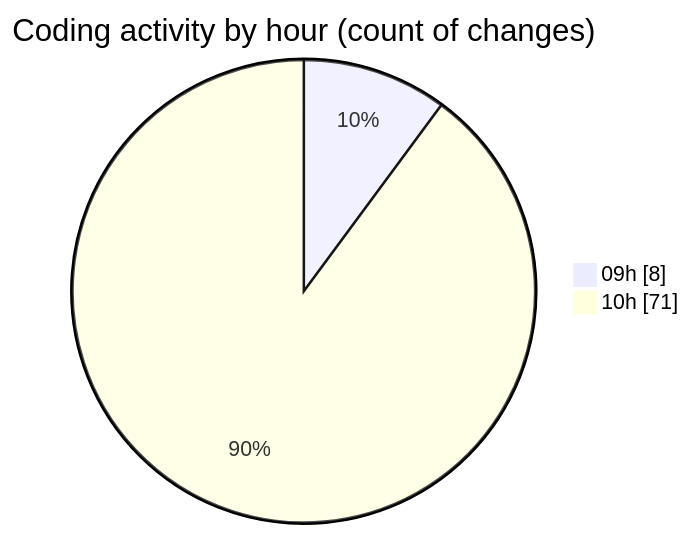
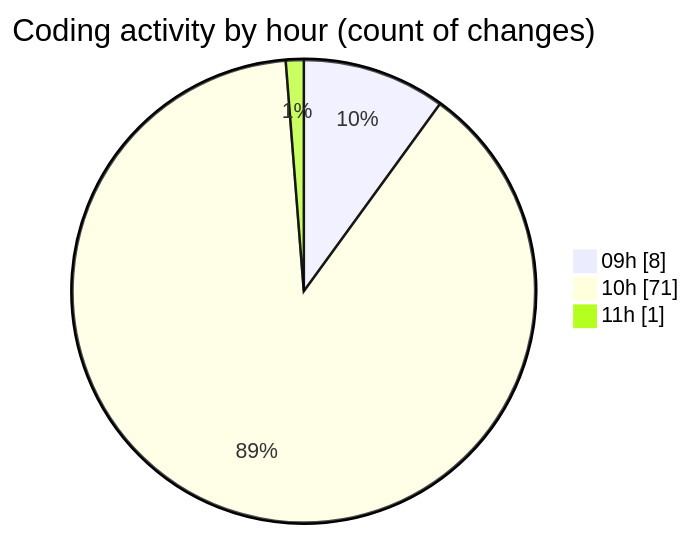
The second of 2 diagrams in 2025-06-03/ecodeli-1/README.md (CELIANVF/code-tracking), drawn with Mermaid before and after one commit. The commit also changed other lines of this file and 1 other file, not shown here.

````diff
--- a/2025-06-03/ecodeli-1/README.md
+++ b/2025-06-03/ecodeli-1/README.md
@@ -62,6 +63,7 @@
 ```mermaid
 pie showData
 title Coding activity by hour (count of changes)
 "09h" : 8
 "10h" : 71
+"11h" : 1
 ```
````
